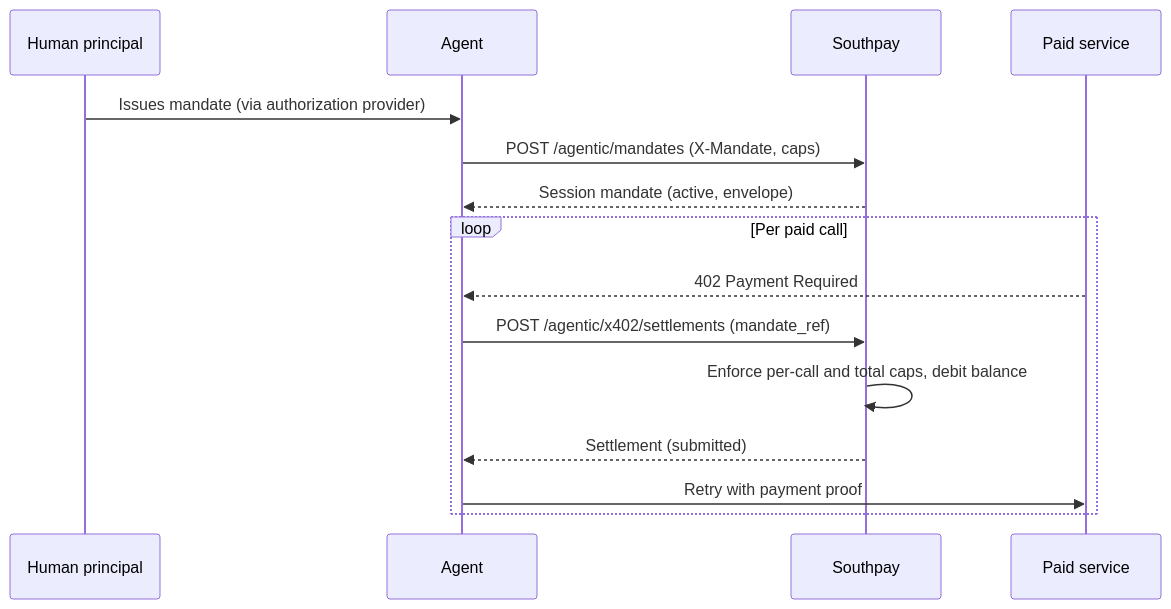
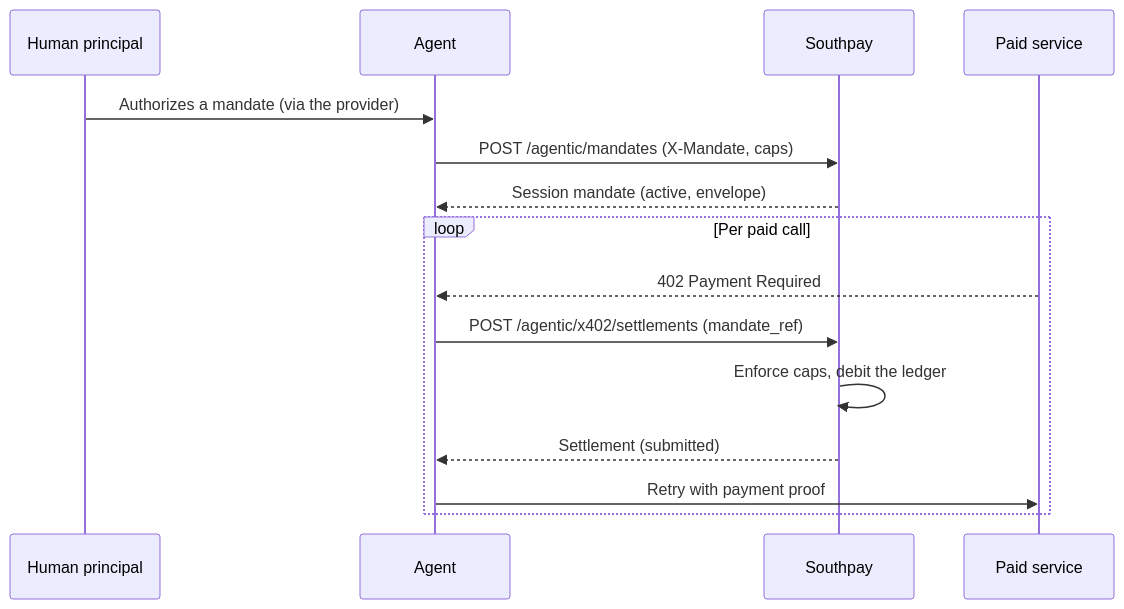
The diagram in agentic/x402.mdx (southpay/docs), drawn with Mermaid before and after one commit. The commit also changed other lines of this file and 37 other files, not shown here.

````diff
--- a/agentic/x402.mdx
+++ b/agentic/x402.mdx
@@ -17,18 +32,18 @@
 ```mermaid
 sequenceDiagram
   participant Principal as Human principal
   participant Agent
   participant Southpay
   participant Service as Paid service
 
-  Principal->>Agent: Issues mandate (via authorization provider)
+  Principal->>Agent: Authorizes a mandate (via the provider)
   Agent->>Southpay: POST /agentic/mandates (X-Mandate, caps)
   Southpay-->>Agent: Session mandate (active, envelope)
   loop Per paid call
     Service-->>Agent: 402 Payment Required
     Agent->>Southpay: POST /agentic/x402/settlements (mandate_ref)
-    Southpay->>Southpay: Enforce per-call and total caps, debit balance
+    Southpay->>Southpay: Enforce caps, debit the ledger
     Southpay-->>Agent: Settlement (submitted)
     Agent->>Service: Retry with payment proof
   end
 ```
````
